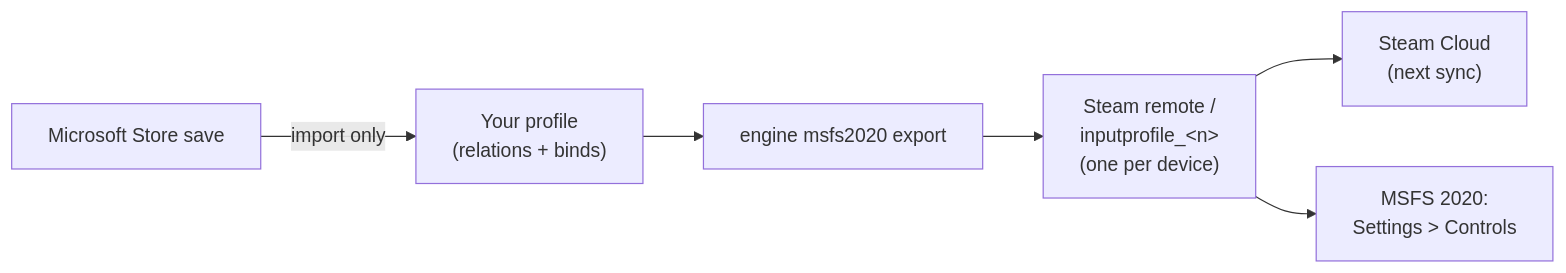
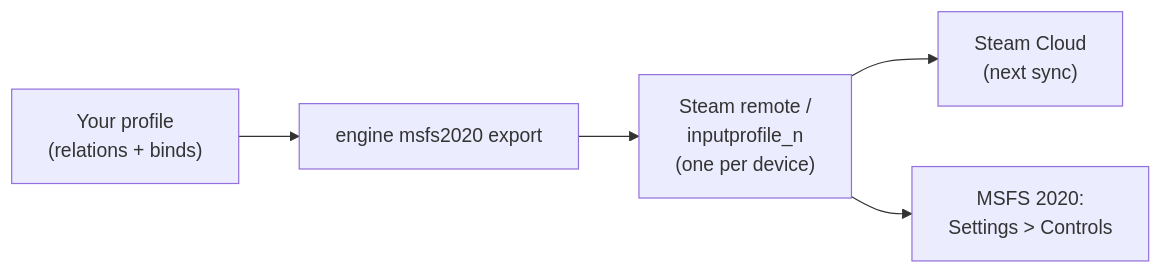
The diagram in website/content/games/msfs2020.md (Holdi601/JoystickProfiler2), drawn with Mermaid before and after one commit. The commit also changed other lines of this file and 718 other files, not shown here.

````diff
--- a/website/content/games/msfs2020.md
+++ b/website/content/games/msfs2020.md
@@ -20,8 +159,8 @@
 ```mermaid
+%% caption: The Steam version. The Microsoft Store version: import only.
 flowchart LR
   P["Your profile<br/>(relations + binds)"] --> E["engine msfs2020 export"]
-  E --> R["Steam remote /<br/>inputprofile_&lt;n&gt;<br/>(one per device)"]
+  E --> R["Steam remote /<br/>inputprofile_n<br/>(one per device)"]
   R --> C["Steam Cloud<br/>(next sync)"]
   R --> G["MSFS 2020:<br/>Settings > Controls"]
-  S["Microsoft Store save"] -->|"import only"| P
 ```
````
